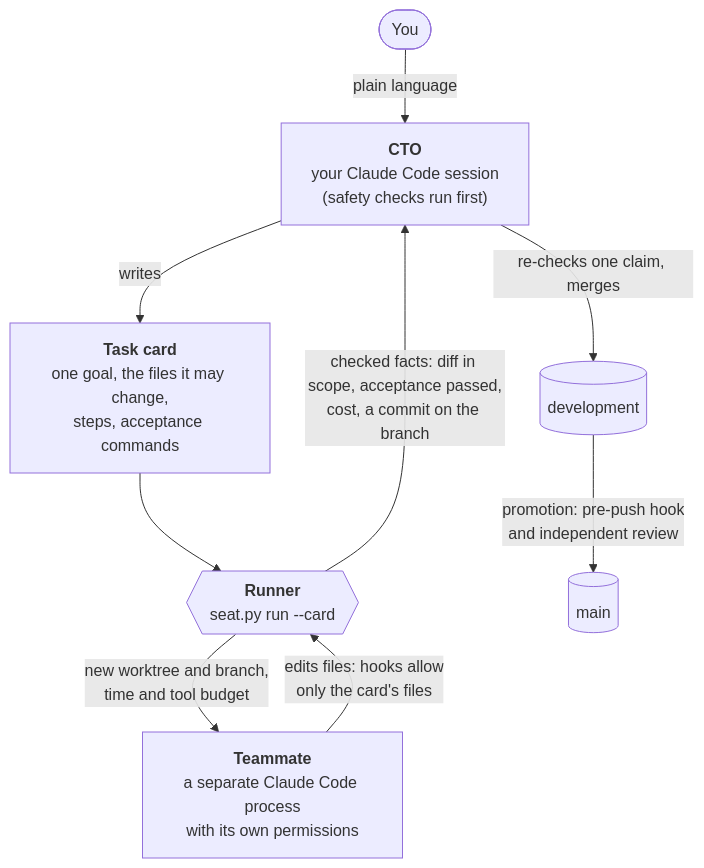
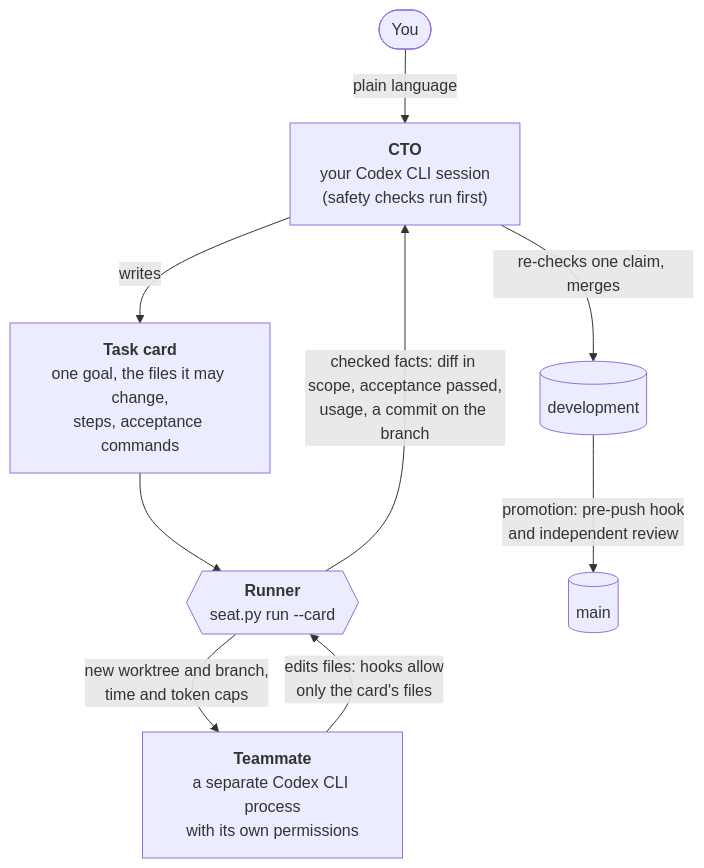
Before and after one commit to iezzat001/AI-teammates: the diagram in README.md, drawn with Mermaid. The commit also changed other lines of this file and 32 other files, not shown here.

Commit message:
Run the CTO and seats on Codex with time and token budgets

````diff
--- a/README.md
+++ b/README.md
@@ -35,11 +35,11 @@
 ```mermaid
 flowchart TB
-    you(["You"]) -->|"plain language"| cto["<b>CTO</b><br/>your Claude Code session<br/>(safety checks run first)"]
+    you(["You"]) -->|"plain language"| cto["<b>CTO</b><br/>your Codex CLI session<br/>(safety checks run first)"]
     cto -->|"writes"| card["<b>Task card</b><br/>one goal, the files it may change,<br/>steps, acceptance commands"]
     card --> runner{{"<b>Runner</b><br/>seat.py run --card"}}
-    runner -->|"new worktree and branch,<br/>time and tool budget"| seat["<b>Teammate</b><br/>a separate Claude Code process<br/>with its own permissions"]
+    runner -->|"new worktree and branch,<br/>time and token caps"| seat["<b>Teammate</b><br/>a separate Codex CLI process<br/>with its own permissions"]
     seat -->|"edits files: hooks allow<br/>only the card's files"| runner
-    runner -->|"checked facts: diff in scope, acceptance passed,<br/>cost, a commit on the branch"| cto
+    runner -->|"checked facts: diff in scope, acceptance passed,<br/>usage, a commit on the branch"| cto
     cto -->|"re-checks one claim, merges"| dev[("development")]
     dev -->|"promotion: pre-push hook<br/>and independent review"| main[("main")]
 ```
````
